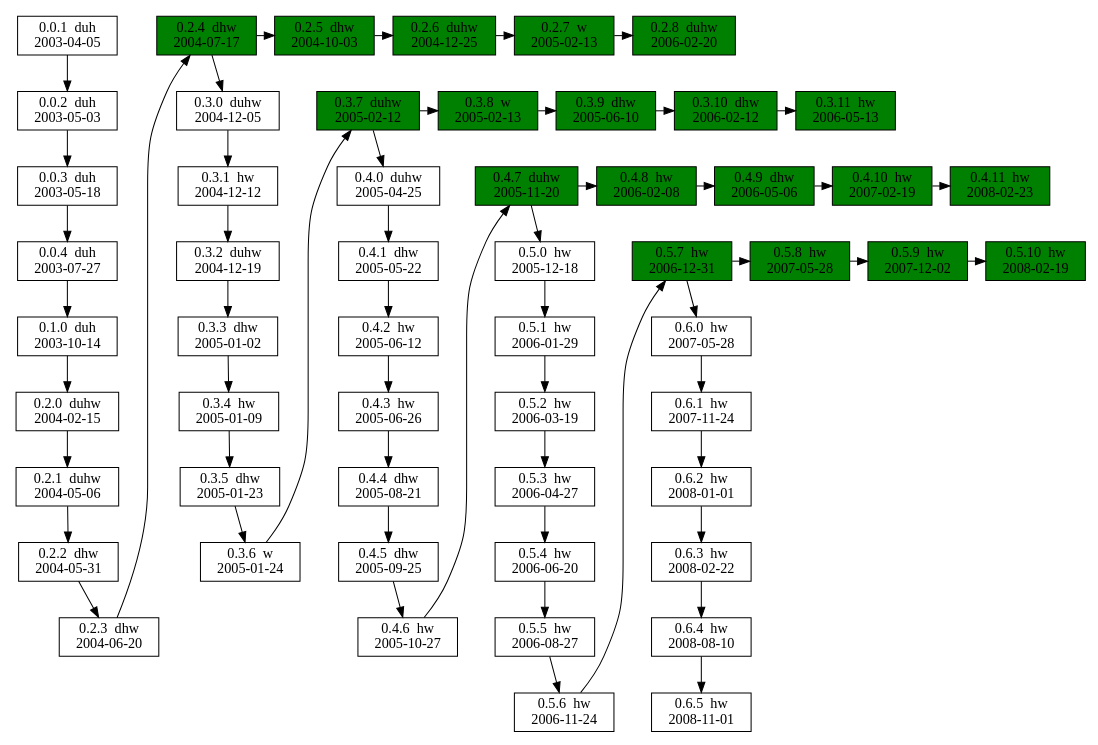
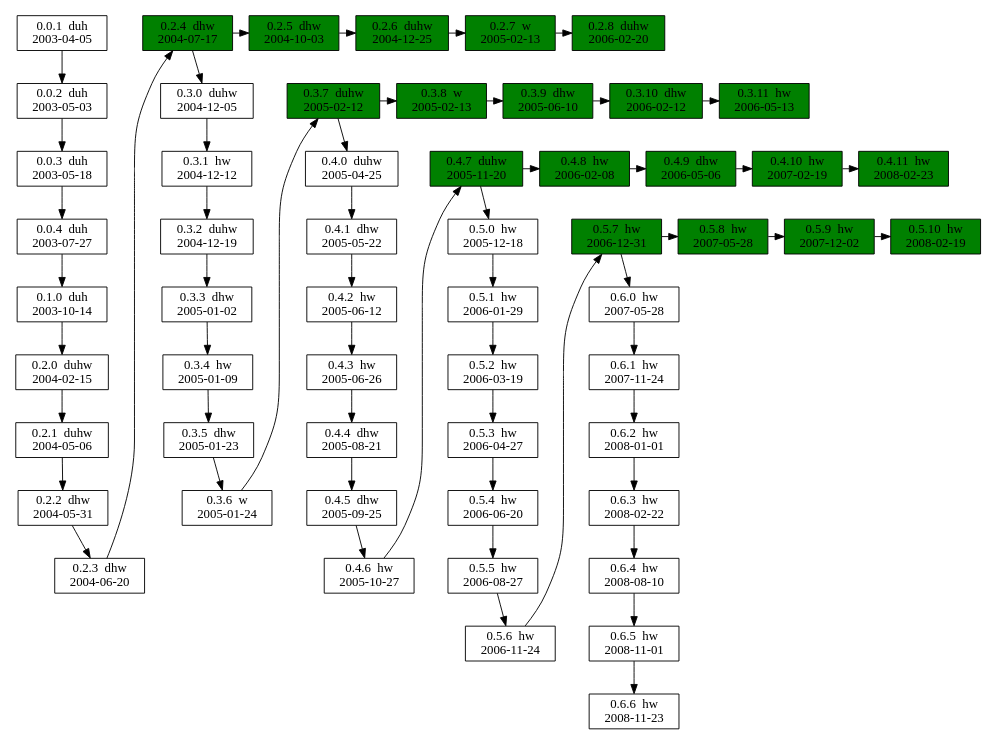
One commit to vanhoefm/krackattacks-scripts changed the diagram in www/versions.dot. Above: the diagram before and after it, drawn with Graphviz. The commit also changed 4 other files, not shown here.

```diff
--- a/www/versions.dot
+++ b/www/versions.dot
@@ -1,99 +1,100 @@
 digraph versions {
 	size="10,6"
 #	rankdir=LR
 
 # development releases
 
 	node [shape=box]
 	v001 [label="0.0.1  duh\n2003-04-05"]
 	v002 [label="0.0.2  duh\n2003-05-03"]
 	v003 [label="0.0.3  duh\n2003-05-18"]
 	v004 [label="0.0.4  duh\n2003-07-27"]
 	v010 [label="0.1.0  duh\n2003-10-14"]
 	v020 [label="0.2.0  duhw\n2004-02-15"]
 	v021 [label="0.2.1  duhw\n2004-05-06"]
 	v022 [label="0.2.2  dhw\n2004-05-31"]
 	v023 [label="0.2.3  dhw\n2004-06-20"]
 	v030 [label="0.3.0  duhw\n2004-12-05"]
 	v031 [label="0.3.1  hw\n2004-12-12"]
 	v032 [label="0.3.2  duhw\n2004-12-19"]
 	v033 [label="0.3.3  dhw\n2005-01-02"]
 	v034 [label="0.3.4  hw\n2005-01-09"]
 	v035 [label="0.3.5  dhw\n2005-01-23"]
 	v036 [label="0.3.6  w\n2005-01-24"]
 
 	v040 [label="0.4.0  duhw\n2005-04-25"]
 	v041 [label="0.4.1  dhw\n2005-05-22"]
 	v042 [label="0.4.2  hw\n2005-06-12"]
 	v043 [label="0.4.3  hw\n2005-06-26"]
 	v044 [label="0.4.4  dhw\n2005-08-21"]
 	v045 [label="0.4.5  dhw\n2005-09-25"]
 	v046 [label="0.4.6  hw\n2005-10-27"]
 	v050 [label="0.5.0  hw\n2005-12-18"]
 	v051 [label="0.5.1  hw\n2006-01-29"]
 	v052 [label="0.5.2  hw\n2006-03-19"]
 	v053 [label="0.5.3  hw\n2006-04-27"]
 	v054 [label="0.5.4  hw\n2006-06-20"]
 	v055 [label="0.5.5  hw\n2006-08-27"]
 	v056 [label="0.5.6  hw\n2006-11-24"]
 	v060 [label="0.6.0  hw\n2007-05-28"]
 	v061 [label="0.6.1  hw\n2007-11-24"]
 	v062 [label="0.6.2  hw\n2008-01-01"]
 	v063 [label="0.6.3  hw\n2008-02-22"]
 	v064 [label="0.6.4  hw\n2008-08-10"]
 	v065 [label="0.6.5  hw\n2008-11-01"]
+	v066 [label="0.6.6  hw\n2008-11-23"]
 
 # stable releases
 
 	node [fillcolor=green style=filled]
 	v024 [label="0.2.4  dhw\n2004-07-17"]
 	v025 [label="0.2.5  dhw\n2004-10-03"]
 	v026 [label="0.2.6  duhw\n2004-12-25"]
 	v027 [label="0.2.7  w\n2005-02-13"]
 	v028 [label="0.2.8  duhw\n2006-02-20"]
 	v037 [label="0.3.7  duhw\n2005-02-12"]
 	v038 [label="0.3.8  w\n2005-02-13"]
 	v039 [label="0.3.9  dhw\n2005-06-10"]
 	v0310 [label="0.3.10  dhw\n2006-02-12"]
 	v0311 [label="0.3.11  hw\n2006-05-13"]
 	v047 [label="0.4.7  duhw\n2005-11-20"]
 	v048 [label="0.4.8  hw\n2006-02-08"]
 	v049 [label="0.4.9  dhw\n2006-05-06"]
 	v0410 [label="0.4.10  hw\n2007-02-19"]
 	v0411 [label="0.4.11  hw\n2008-02-23"]
 	v057 [label="0.5.7  hw\n2006-12-31"]
 	v058 [label="0.5.8  hw\n2007-05-28"]
 	v059 [label="0.5.9  hw\n2007-12-02"]
 	v0510 [label="0.5.10  hw\n2008-02-19"]
 
 # development releases
 
 	v001 -> v002 -> v003 -> v004
 	v004 -> v010 -> v020 -> v021 -> v022 -> v023 -> v024
 	v024 -> v030 -> v031 -> v032 -> v033 -> v034 -> v035 -> v036 -> v037
 	v037 -> v040 -> v041 -> v042 -> v043 -> v044 -> v045 -> v046 -> v047
 	v047 -> v050 -> v051 -> v052 -> v053 -> v054 -> v055 -> v056 -> v057
-	v057 -> v060 -> v061 -> v062 -> v063 -> v064 -> v065
+	v057 -> v060 -> v061 -> v062 -> v063 -> v064 -> v065 -> v066
 
 	{rank=same; v001 v024}
 	{rank=same; v030 v037}
 	{rank=same; v040 v047}
 	{rank=same; v050 v057}
-#	{rank=same; v060 v065}
+#	{rank=same; v060 v066}
 
 # stable releases
 
 	v024 -> v025 -> v026 -> v027 -> v028
 	v037 -> v038 -> v039 -> v0310 -> v0311
 	v047 -> v048 -> v049 -> v0410 -> v0411
 	v057 -> v058 -> v059 -> v0510
 
 	{rank=same; v024 v025 v026 v027 v028}
 	{rank=same; v037 v038 v039 v0310 v0311}
 	{rank=same; v047 v048 v049 v0410 v0411}
 	{rank=same; v057 v058 v059 v0510}
 
 #	edge [style=dashed,color=red]
 #	v030 -> v036
 
 }
```
